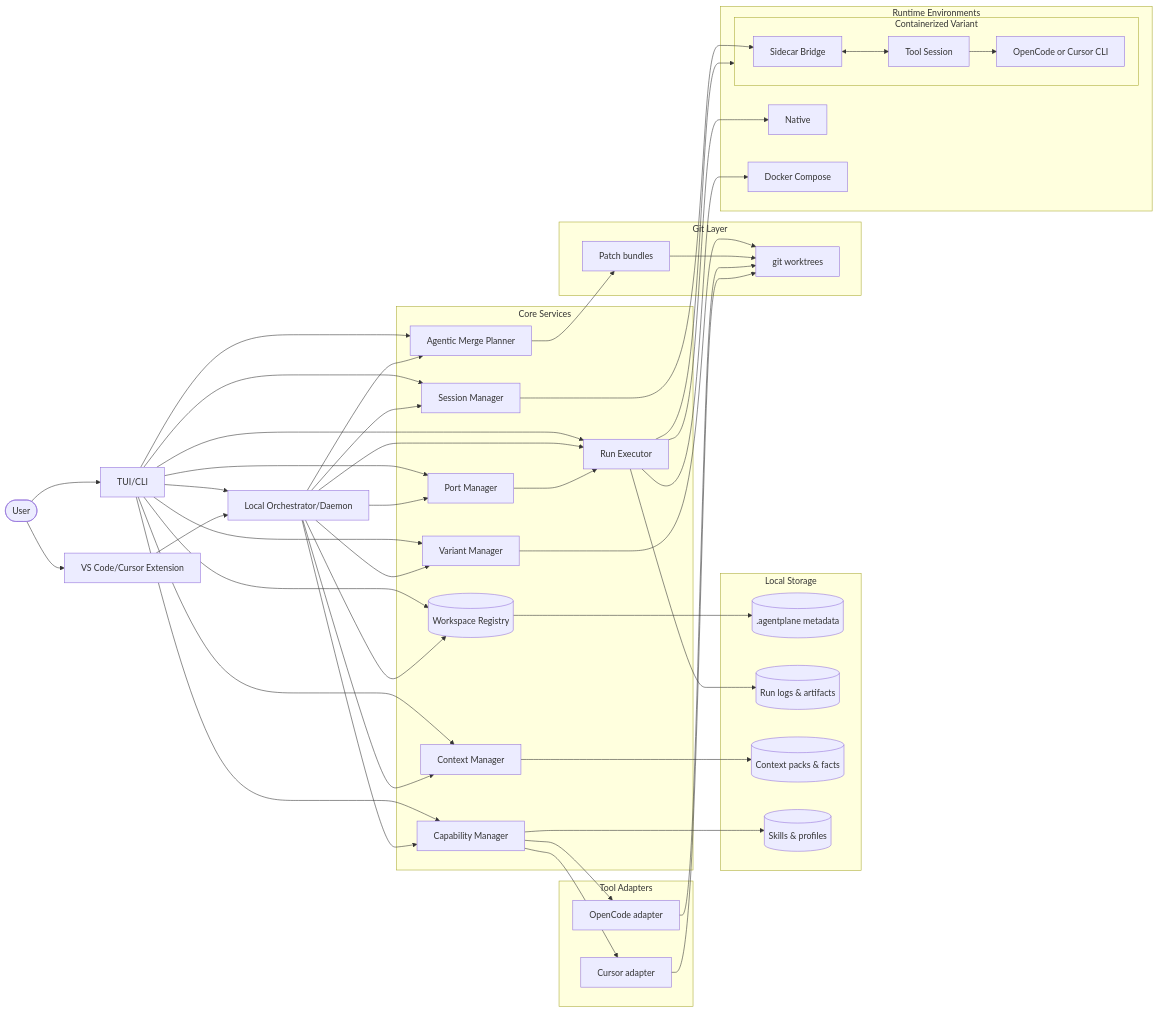
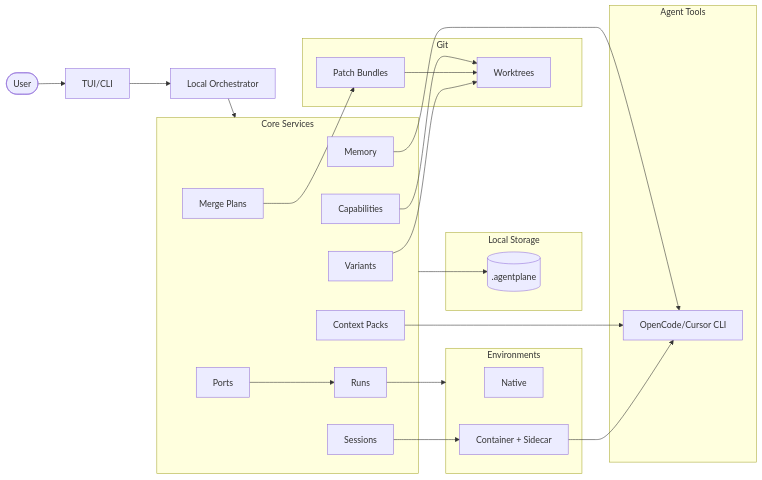
Before and after one commit to Andrey170170/lazyagent_spec: the diagram in plans/07-architecture-diagram.md, drawn with Mermaid. The commit also changed other lines of this file and 2 other files, not shown here.

Commit message:
Updated architecture documentation to clarify the daemon's role as the primary source of truth, with TUI/CLI as clients. Revised architecture diagram for improved clarity on core services and storage components. Enhanced tech stack details to specify the daemon's continuous operation and its interaction with TUI/CLI.

````diff
--- a/plans/07-architecture-diagram.md
+++ b/plans/07-architecture-diagram.md
@@ -3,87 +3,47 @@
 ```mermaid
 flowchart LR
   User([User]) --> UI[TUI/CLI]
-  User --> Extension[VS Code/Cursor Extension]
-  UI --> Daemon[Local Orchestrator/Daemon]
-  Extension --> Daemon
+  UI --> Daemon[Local Orchestrator]
 
   subgraph Core[Core Services]
-    Registry[(Workspace Registry)]
-    VariantMgr[Variant Manager]
-    SessionMgr[Session Manager]
-    ContextMgr[Context Manager]
-    CapabilityMgr[Capability Manager]
-    RunExec[Run Executor]
-    MergePlan[Agentic Merge Planner]
-    PortMgr[Port Manager]
+    VariantMgr[Variants]
+    RunExec[Runs]
+    SessionMgr[Sessions]
+    ContextMgr[Context Packs]
+    MemoryMgr[Memory]
+    CapabilityMgr[Capabilities]
+    MergePlan[Merge Plans]
+    PortMgr[Ports]
   end
 
   subgraph Storage[Local Storage]
-    MetaStore[(.agentplane metadata)]
-    RunLogs[(Run logs & artifacts)]
-    ContextStore[(Context packs & facts)]
-    SkillStore[(Skills & profiles)]
+    Store[(.agentplane)]
   end
 
-  subgraph Git[Git Layer]
-    Worktrees[git worktrees]
-    PatchBundles[Patch bundles]
+  subgraph Git[Git]
+    Worktrees[Worktrees]
+    Patches[Patch Bundles]
   end
 
-  subgraph Envs[Runtime Environments]
+  subgraph Envs[Environments]
     Native[Native]
-    subgraph Container[Containerized Variant]
-      Sidecar[Sidecar Bridge]
-      ToolPTY[Tool Session]
-      ToolLabel[OpenCode or Cursor CLI]
-    end
-    Compose[Docker Compose]
+    Container[Container + Sidecar]
   end
 
-  subgraph Adapters[Tool Adapters]
-    OpenCode[OpenCode adapter]
-    Cursor[Cursor adapter]
+  subgraph Tools[Agent Tools]
+    Tool[OpenCode/Cursor CLI]
   end
 
-  UI --> Registry
-  UI --> ContextMgr
-  UI --> MergePlan
-  UI --> RunExec
-  UI --> CapabilityMgr
-  UI --> VariantMgr
-  UI --> SessionMgr
-  UI --> PortMgr
-
-  Daemon --> Registry
-  Daemon --> VariantMgr
-  Daemon --> SessionMgr
-  Daemon --> ContextMgr
-  Daemon --> CapabilityMgr
-  Daemon --> RunExec
-  Daemon --> MergePlan
-  Daemon --> PortMgr
-
-  Registry --> MetaStore
-  ContextMgr --> ContextStore
-  CapabilityMgr --> SkillStore
-  RunExec --> RunLogs
-
+  Daemon --> Core
+  Core --> Store
   VariantMgr --> Worktrees
-  MergePlan --> PatchBundles
-  PatchBundles --> Worktrees
-
-  RunExec --> Native
-  RunExec --> Container
-  RunExec --> Compose
-
+  MergePlan --> Patches
+  Patches --> Worktrees
+  RunExec --> Envs
+  SessionMgr --> Container
+  Container --> Tool
   PortMgr --> RunExec
-
-  SessionMgr --> Sidecar
-  Sidecar <--> ToolPTY
-  ToolPTY --> ToolLabel
-
-  CapabilityMgr --> OpenCode
-  CapabilityMgr --> Cursor
-  OpenCode --> Worktrees
-  Cursor --> Worktrees
+  CapabilityMgr --> Worktrees
+  ContextMgr --> Tool
+  MemoryMgr --> Tool
 ```
````
